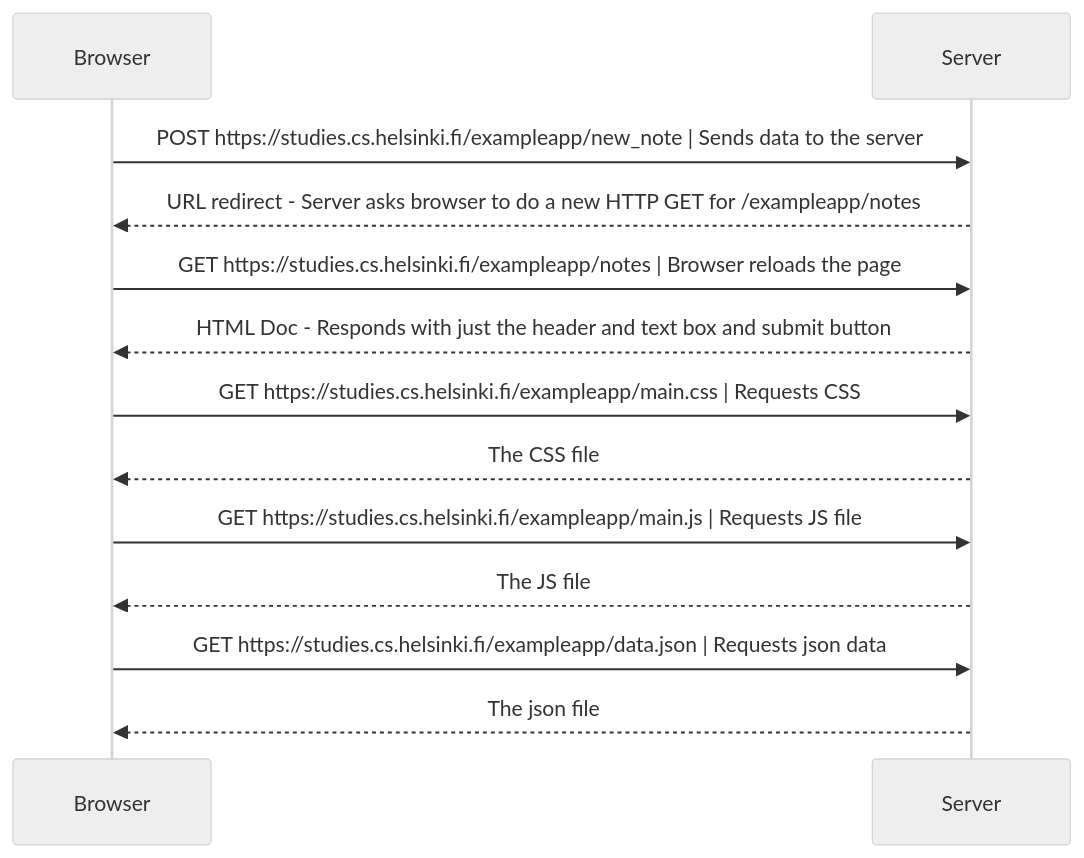
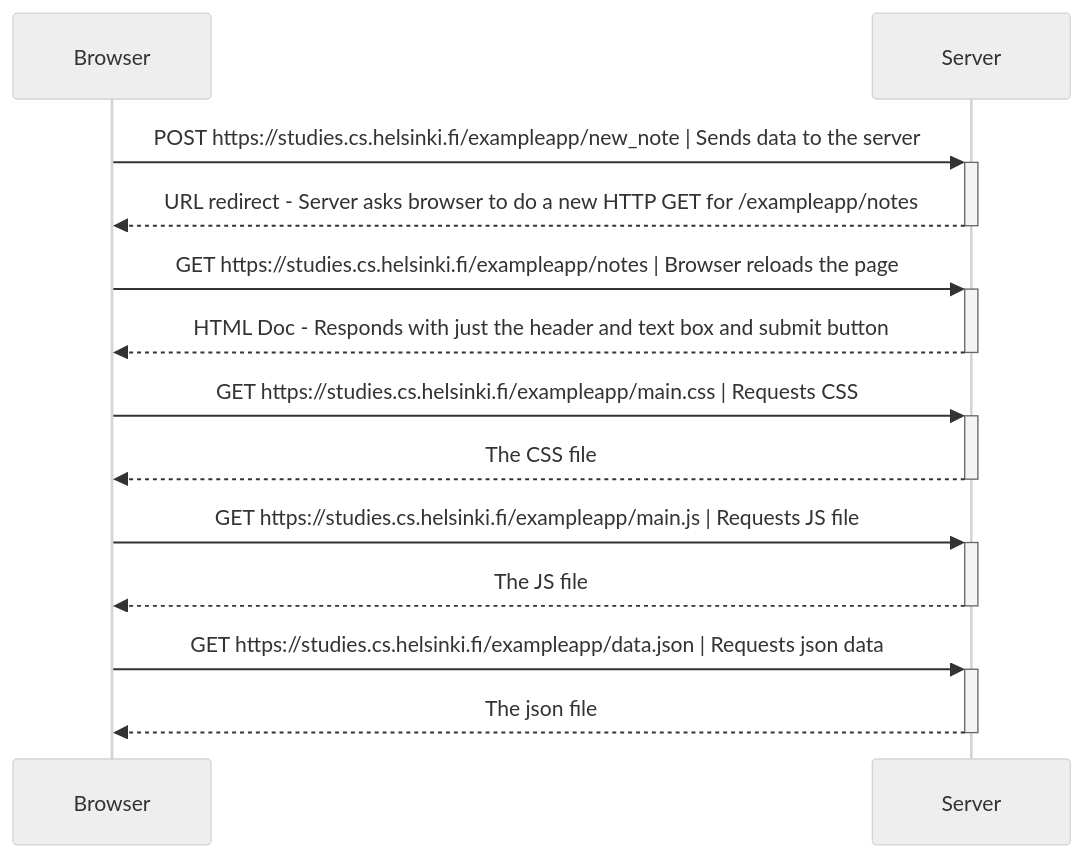
The diagram in 4_newnotediagram.md (TennielStudio/FullStackOpen-Part0), drawn with Mermaid (neutral theme) before and after one commit. The commit also changed 2 other files, not shown here.

Commit message:
Create spa new note and activate/deactivate diagrams

````diff
--- a/4_newnotediagram.md
+++ b/4_newnotediagram.md
@@ -1,15 +1,15 @@
 ```mermaid
 sequenceDiagram;
-    Browser->>Server: POST https://studies.cs.helsinki.fi/exampleapp/new_note | Sends data to the server
-    Server-->>Browser: URL redirect - Server asks browser to do a new HTTP GET for /exampleapp/notes
-    Browser->>Server: GET https://studies.cs.helsinki.fi/exampleapp/notes | Browser reloads the page
-    Server-->>Browser: HTML Doc - Responds with just the header and text box and submit button
-    Browser->>Server: GET https://studies.cs.helsinki.fi/exampleapp/main.css | Requests CSS
-    Server-->>Browser: The CSS file
-    Browser->>Server: GET https://studies.cs.helsinki.fi/exampleapp/main.js | Requests JS file
-    Server-->>Browser: The JS file
-    Browser->>Server: GET https://studies.cs.helsinki.fi/exampleapp/data.json | Requests json data
-    Server-->>Browser: The json file
+    Browser->>+Server: POST https://studies.cs.helsinki.fi/exampleapp/new_note | Sends data to the server
+    Server-->>-Browser: URL redirect - Server asks browser to do a new HTTP GET for /exampleapp/notes
+    Browser->>+Server: GET https://studies.cs.helsinki.fi/exampleapp/notes | Browser reloads the page
+    Server-->>-Browser: HTML Doc - Responds with just the header and text box and submit button
+    Browser->>+Server: GET https://studies.cs.helsinki.fi/exampleapp/main.css | Requests CSS
+    Server-->>-Browser: The CSS file
+    Browser->>+Server: GET https://studies.cs.helsinki.fi/exampleapp/main.js | Requests JS file
+    Server-->>-Browser: The JS file
+    Browser->>+Server: GET https://studies.cs.helsinki.fi/exampleapp/data.json | Requests json data
+    Server-->>-Browser: The json file
 
 
 ```
````
